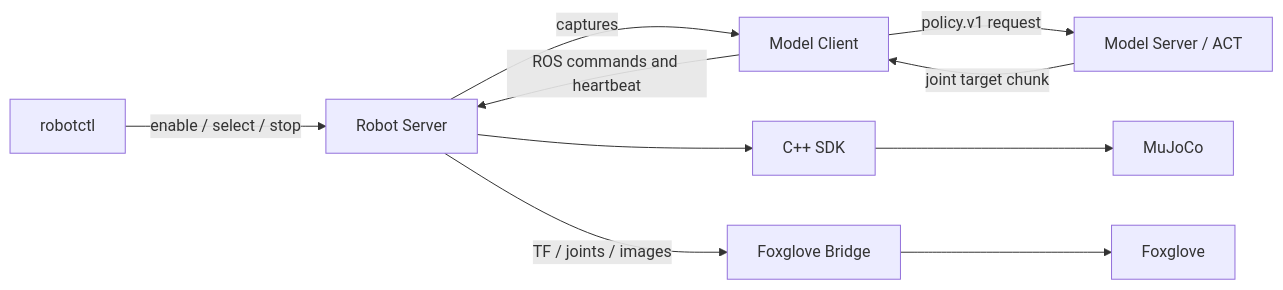
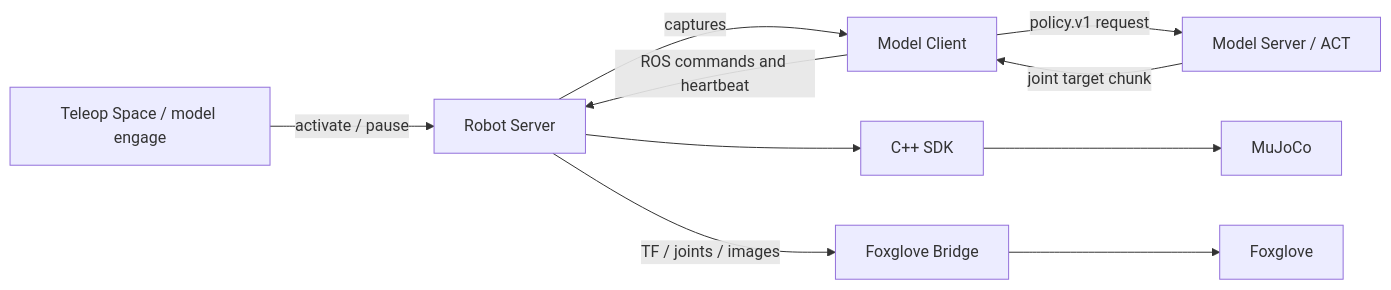
One commit to marcusoberg/robot_ws changed the diagram in README.md. Above: the diagram before and after it, drawn with Mermaid. The commit also changed other lines of this file and 69 other files, not shown here.

````diff
--- a/README.md
+++ b/README.md
@@ -29,12 +27,12 @@
 ```mermaid
 flowchart LR
     Captures[Robot Server] -->|captures| Client[Model Client]
     Client -->|policy.v1 request| Model[Model Server / ACT]
     Model -->|joint target chunk| Client
     Client -->|ROS commands and heartbeat| Captures
-    Operator[robotctl] -->|enable / select / stop| Captures
+    Operator[Teleop Space / model engage] -->|activate / pause| Captures
     Captures --> SDK[C++ SDK]
     SDK --> Sim[MuJoCo]
     Captures -->|TF / joints / images| Bridge[Foxglove Bridge]
     Bridge --> Foxglove
 ```
````
